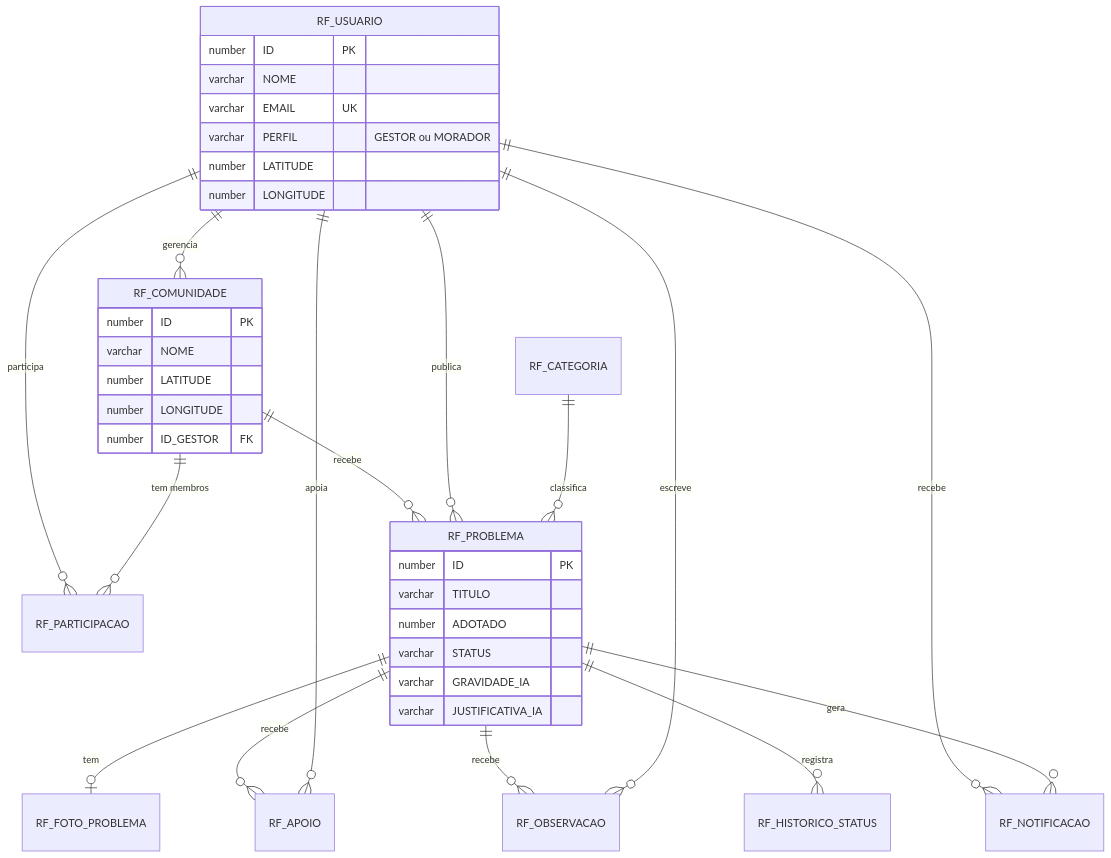
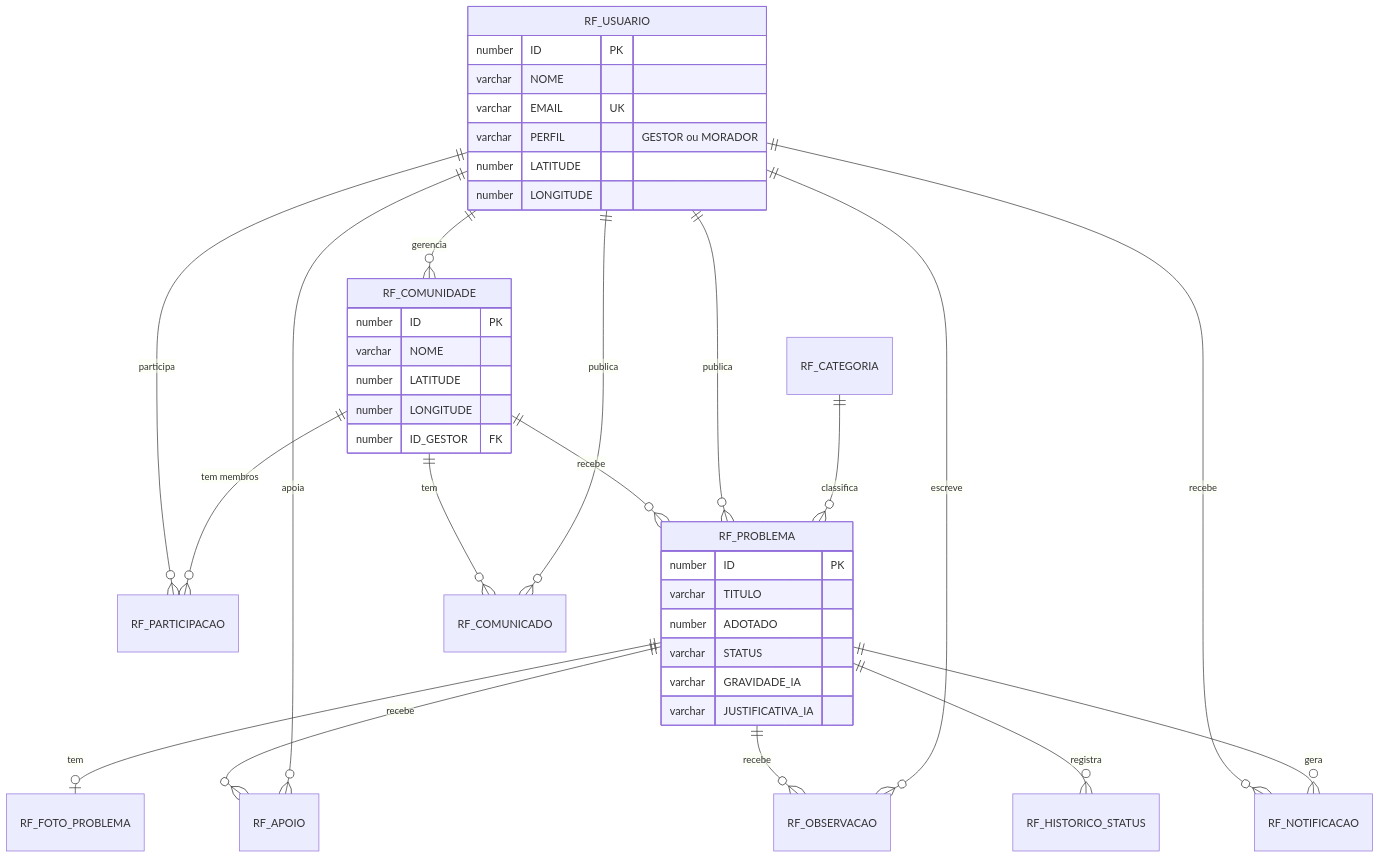
One commit to joaocaetano1310/Rootfix_Java changed the third of 3 diagrams in README.md. Above: the diagram before and after it, drawn with Mermaid. The commit also changed other lines of this file and 17 other files, not shown here.

````diff
--- a/README.md
+++ b/README.md
@@ -192,41 +193,43 @@
 ```mermaid
 erDiagram
     RF_USUARIO ||--o{ RF_COMUNIDADE : "gerencia"
     RF_USUARIO ||--o{ RF_PARTICIPACAO : "participa"
     RF_COMUNIDADE ||--o{ RF_PARTICIPACAO : "tem membros"
     RF_COMUNIDADE ||--o{ RF_PROBLEMA : "recebe"
     RF_USUARIO ||--o{ RF_PROBLEMA : "publica"
     RF_CATEGORIA ||--o{ RF_PROBLEMA : "classifica"
     RF_PROBLEMA ||--o| RF_FOTO_PROBLEMA : "tem"
     RF_PROBLEMA ||--o{ RF_APOIO : "recebe"
     RF_USUARIO ||--o{ RF_APOIO : "apoia"
     RF_PROBLEMA ||--o{ RF_OBSERVACAO : "recebe"
     RF_USUARIO ||--o{ RF_OBSERVACAO : "escreve"
     RF_PROBLEMA ||--o{ RF_HISTORICO_STATUS : "registra"
     RF_USUARIO ||--o{ RF_NOTIFICACAO : "recebe"
     RF_PROBLEMA ||--o{ RF_NOTIFICACAO : "gera"
+    RF_COMUNIDADE ||--o{ RF_COMUNICADO : "tem"
+    RF_USUARIO ||--o{ RF_COMUNICADO : "publica"
 
     RF_USUARIO {
         number ID PK
         varchar NOME
         varchar EMAIL UK
         varchar PERFIL "GESTOR ou MORADOR"
         number LATITUDE
         number LONGITUDE
     }
     RF_COMUNIDADE {
         number ID PK
         varchar NOME
         number LATITUDE
         number LONGITUDE
         number ID_GESTOR FK
     }
     RF_PROBLEMA {
         number ID PK
         varchar TITULO
         number ADOTADO
         varchar STATUS
         varchar GRAVIDADE_IA
         varchar JUSTIFICATIVA_IA
     }
 ```
````
